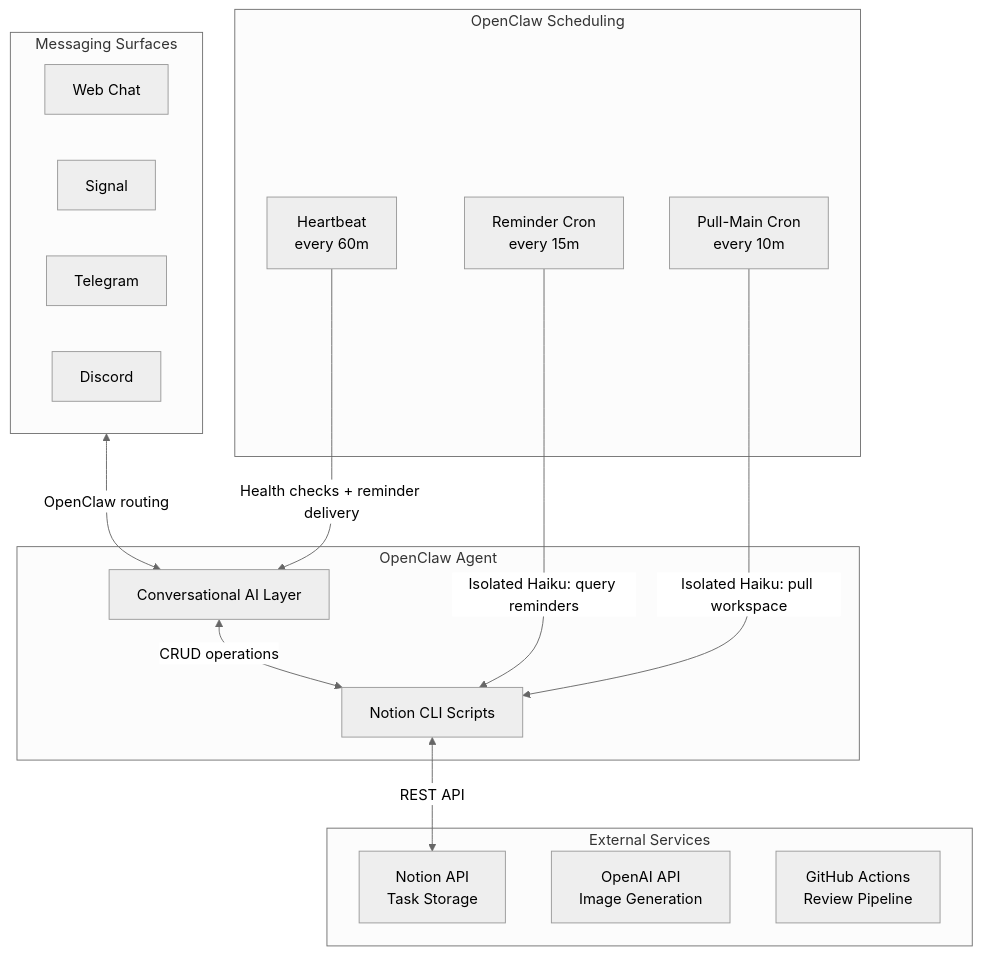
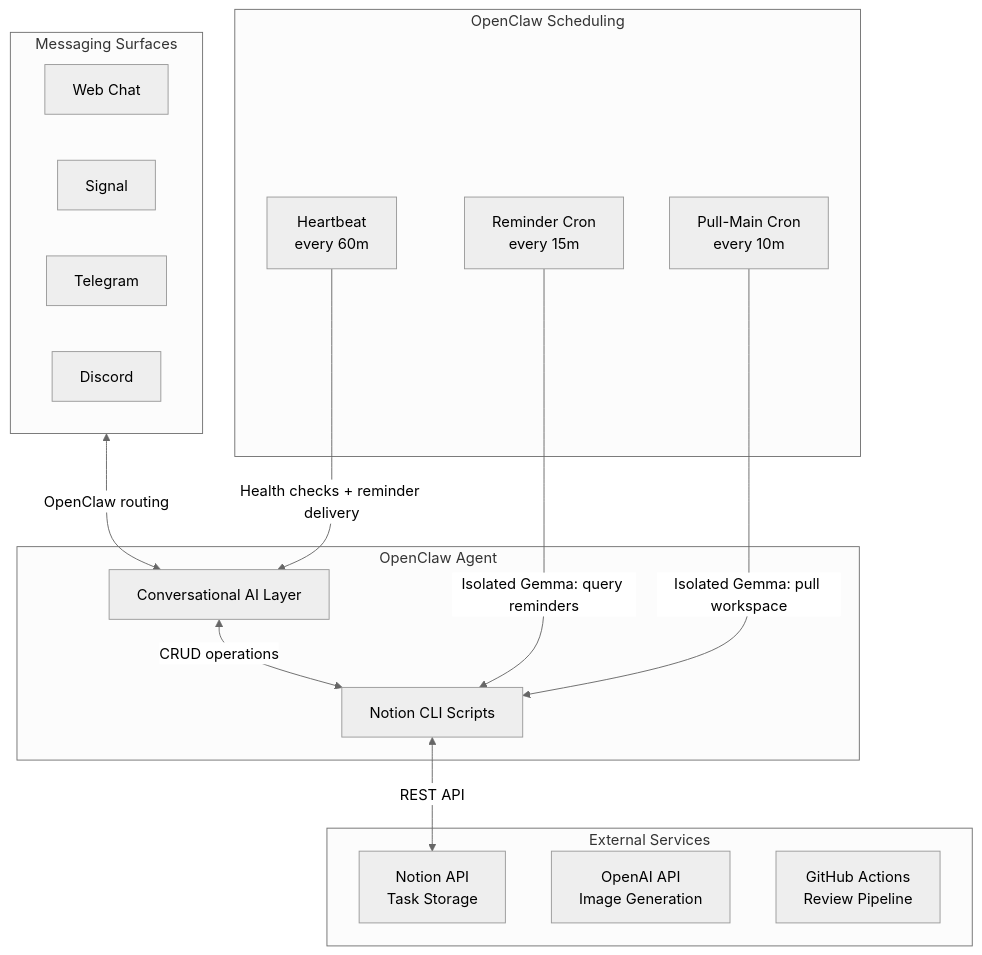
Before and after one commit to NickBorgersProbably/hide-my-list: the first of 6 diagrams in docs/architecture.md, drawn with Mermaid (neutral theme). The commit also changed other lines of this file and 7 other files, not shown here.

Commit message:
Update cron docs to gemma4

````diff
--- a/docs/architecture.md
+++ b/docs/architecture.md
@@ -16,33 +16,33 @@
 ```mermaid
 flowchart TB
     subgraph Agent["OpenClaw Agent"]
         AI[Conversational AI Layer]
         Scripts[Notion CLI Scripts]
     end
 
     subgraph Scheduling["OpenClaw Scheduling"]
         Heartbeat[Heartbeat<br/>every 60m]
         ReminderCron[Reminder Cron<br/>every 15m]
         PullMainCron[Pull-Main Cron<br/>every 10m]
     end
 
     subgraph Messaging["Messaging Surfaces"]
         Web[Web Chat]
         Signal[Signal]
         Telegram[Telegram]
         Discord[Discord]
     end
 
     subgraph External["External Services"]
         Notion[Notion API<br/>Task Storage]
         OpenAI[OpenAI API<br/>Image Generation]
         GitHub[GitHub Actions<br/>Review Pipeline]
     end
 
     Messaging <-->|OpenClaw routing| AI
     AI <-->|CRUD operations| Scripts
     Scripts <-->|REST API| Notion
-    ReminderCron -->|Isolated Haiku: query reminders| Scripts
-    PullMainCron -->|Isolated Haiku: pull workspace| Scripts
+    ReminderCron -->|Isolated Gemma: query reminders| Scripts
+    PullMainCron -->|Isolated Gemma: pull workspace| Scripts
     Heartbeat -->|Health checks + reminder delivery| AI
 ```
````
